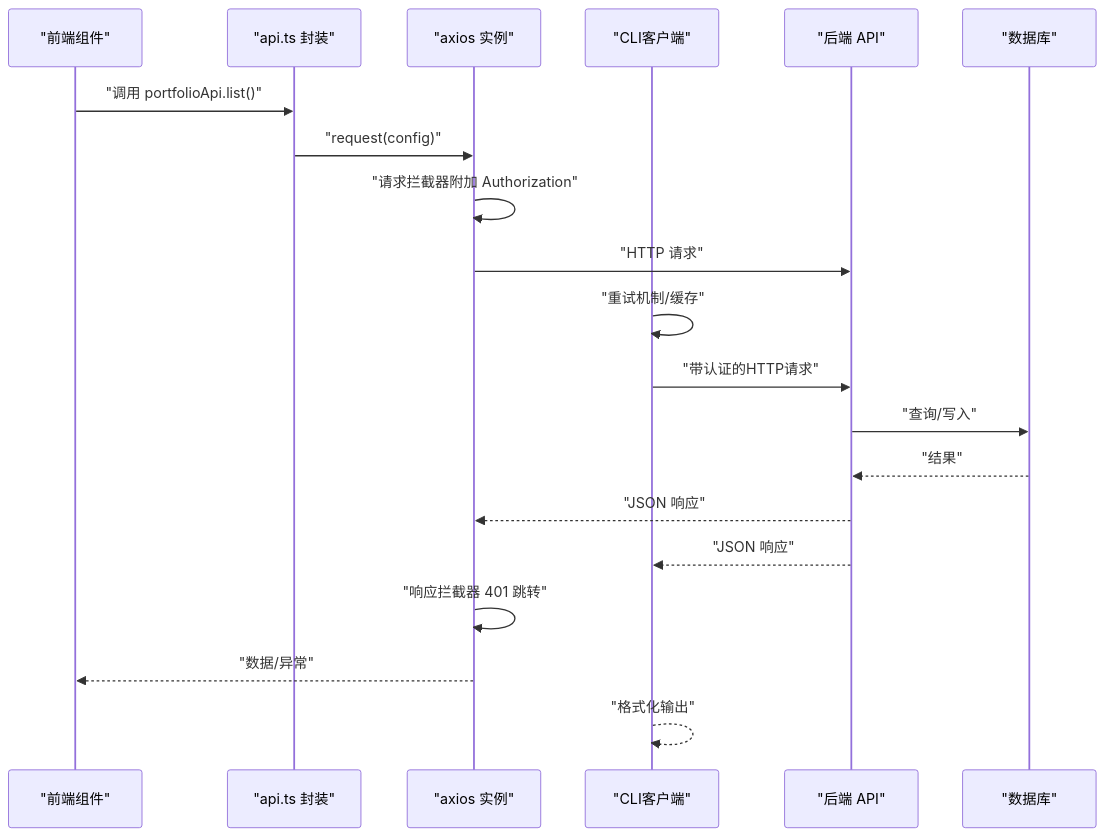
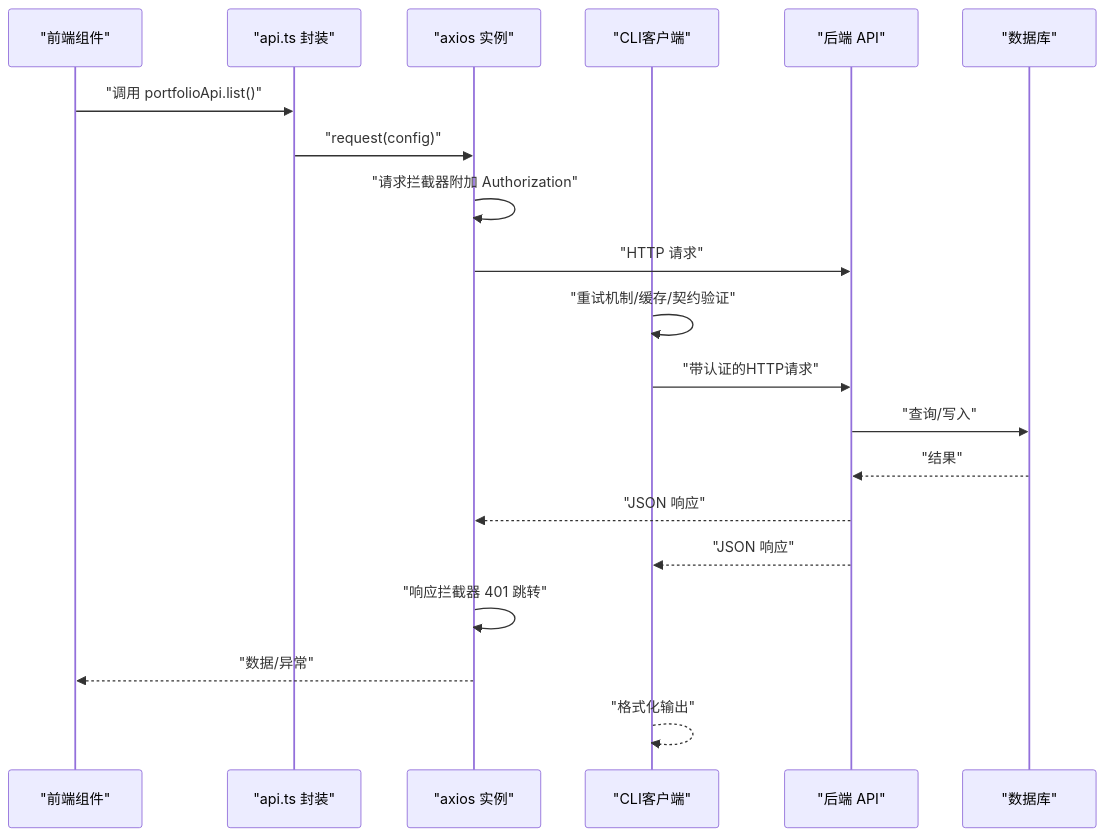
The ninth of 10 diagrams in .qoder/repowiki/zh/content/开发指南/开发指南.md (gujialind/InvestRing), drawn with Mermaid before and after one commit. The commit also changed other lines of this file and 19 other files, not shown here.

````diff
--- a/.qoder/repowiki/zh/content/开发指南/开发指南.md
+++ b/.qoder/repowiki/zh/content/开发指南/开发指南.md
@@ -345,22 +389,22 @@
 ```mermaid
 sequenceDiagram
 participant UI as "前端组件"
 participant API as "api.ts 封装"
 participant AX as "axios 实例"
 participant CLI as "CLI客户端"
 participant BE as "后端 API"
 participant DB as "数据库"
 UI->>API : "调用 portfolioApi.list()"
 API->>AX : "request(config)"
 AX->>AX : "请求拦截器附加 Authorization"
 AX->>BE : "HTTP 请求"
-CLI->>CLI : "重试机制/缓存"
+CLI->>CLI : "重试机制/缓存/契约验证"
 CLI->>BE : "带认证的HTTP请求"
 BE->>DB : "查询/写入"
 DB-->>BE : "结果"
 BE-->>AX : "JSON 响应"
 BE-->>CLI : "JSON 响应"
 AX->>AX : "响应拦截器 401 跳转"
 AX-->>UI : "数据/异常"
 CLI-->>CLI : "格式化输出"
 ```
````
